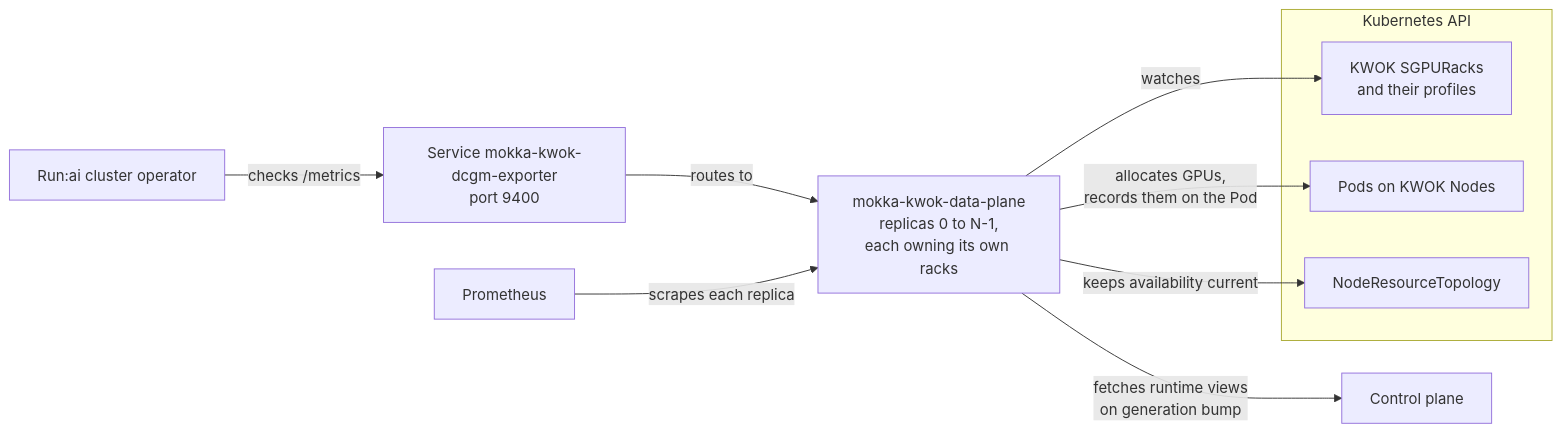
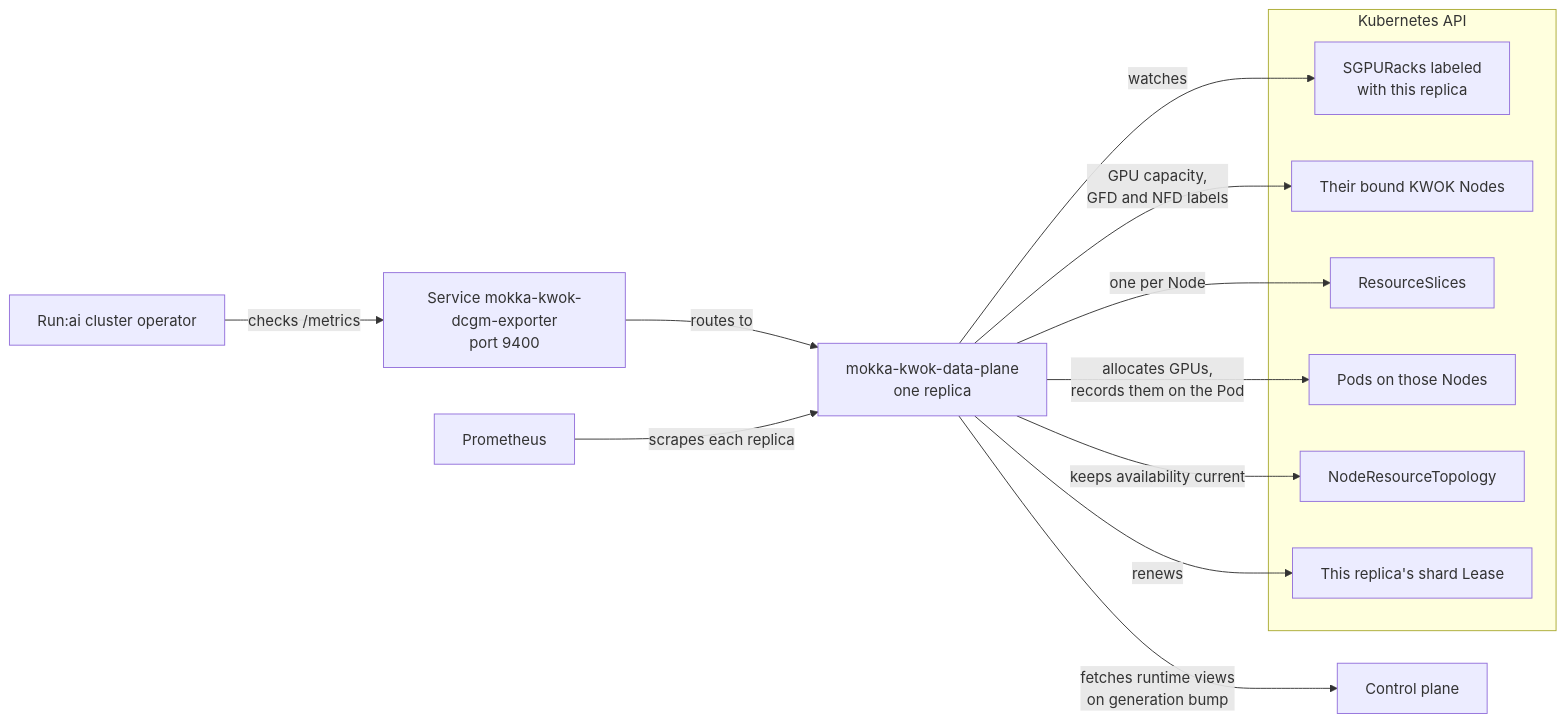
One commit to NVIDIA/k8s-test-infra changed the second of 4 diagrams in enhancements/meps/0008-fgo-integration/README.md. Above: the diagram before and after it, drawn with Mermaid. The commit also changed other lines of this file, not shown here.

Commit message:
redesigned the KWOK integration to keep Control Plane responsible for node <-> sGPU rack assignment and projection labels

````diff
--- a/enhancements/meps/0008-fgo-integration/README.md
+++ b/enhancements/meps/0008-fgo-integration/README.md
@@ -478,23 +444,29 @@
 ```mermaid
 flowchart LR
     cp["Control plane"]
 
     subgraph api["Kubernetes API"]
-        racks["KWOK SGPURacks<br/>and their profiles"]
-        pods["Pods on KWOK Nodes"]
+        racks["SGPURacks labeled<br/>with this replica"]
+        nodes["Their bound KWOK Nodes"]
+        slices["ResourceSlices"]
+        pods["Pods on those Nodes"]
         nrt["NodeResourceTopology"]
+        lease["This replica's shard Lease"]
     end
 
-    dp["mokka-kwok-data-plane<br/>replicas 0 to N-1,<br/>each owning its own racks"]
+    dp["mokka-kwok-data-plane<br/>one replica"]
     svc["Service mokka-kwok-dcgm-exporter<br/>port 9400"]
     prom["Prometheus"]
     runai["Run:ai cluster operator"]
 
     dp -->|"watches"| racks
+    dp -->|"GPU capacity,<br/>GFD and NFD labels"| nodes
+    dp -->|"one per Node"| slices
     dp -->|"allocates GPUs,<br/>records them on the Pod"| pods
     dp -->|"keeps availability current"| nrt
+    dp -->|"renews"| lease
     dp -->|"fetches runtime views<br/>on generation bump"| cp
     svc -->|"routes to"| dp
     prom -->|"scrapes each replica"| dp
     runai -->|"checks /metrics"| svc
 ```
````
